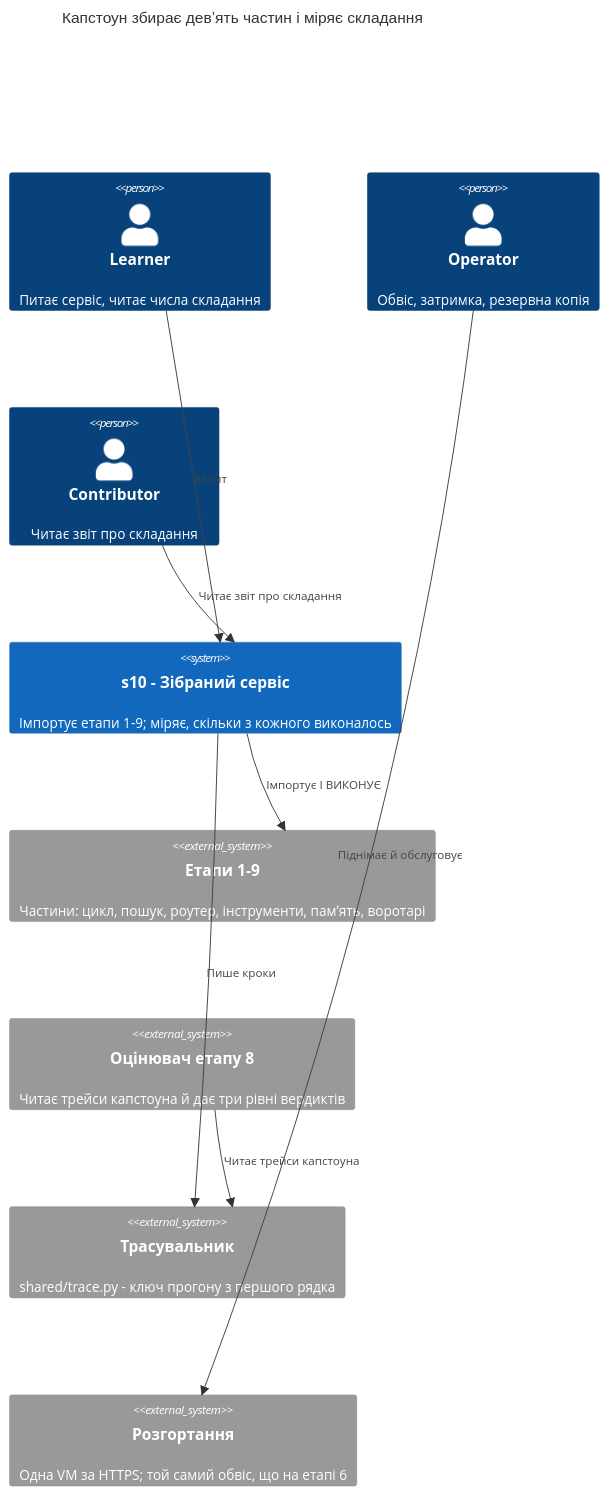
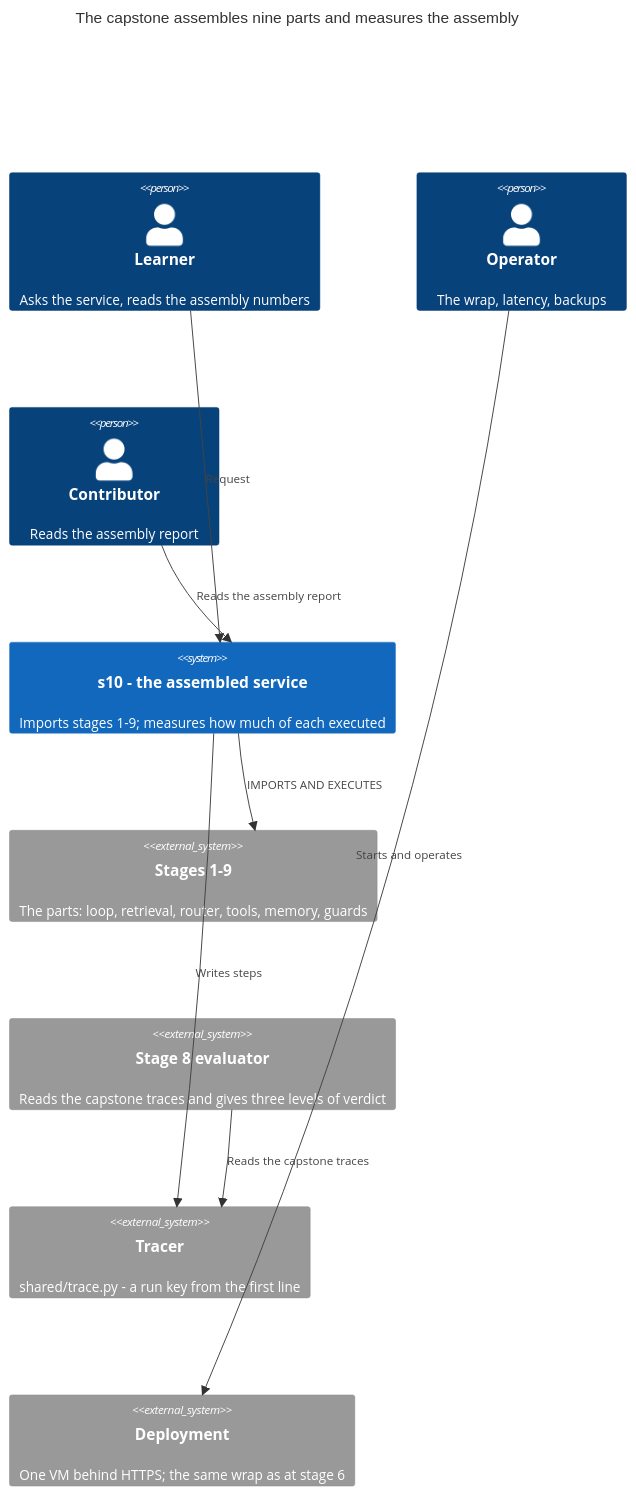
Before and after one commit to AZANIR/agentic-ai: the first of 5 diagrams in docs/features/s10-capstone/sad.md, drawn with Mermaid. The commit also changed other lines of this file and 245 other files, not shown here.

````diff
--- a/docs/features/s10-capstone/sad.md
+++ b/docs/features/s10-capstone/sad.md
@@ -56,21 +57,21 @@
 ```mermaid
 C4Context
-    title Капстоун збирає девʼять частин і міряє складання
+    title The capstone assembles nine parts and measures the assembly
 
-    Person(learner, "Learner", "Питає сервіс, читає числа складання")
-    Person(operator, "Operator", "Обвіс, затримка, резервна копія")
-    Person(contributor, "Contributor", "Читає звіт про складання")
+    Person(learner, "Learner", "Asks the service, reads the assembly numbers")
+    Person(operator, "Operator", "The wrap, latency, backups")
+    Person(contributor, "Contributor", "Reads the assembly report")
 
-    System(capstone, "s10 - Зібраний сервіс", "Імпортує етапи 1-9; міряє, скільки з кожного виконалось")
-    System_Ext(stages, "Етапи 1-9", "Частини: цикл, пошук, роутер, інструменти, памʼять, воротарі")
-    System_Ext(evaluator, "Оцінювач етапу 8", "Читає трейси капстоуна й дає три рівні вердиктів")
-    System_Ext(tracer, "Трасувальник", "shared/trace.py - ключ прогону з першого рядка")
-    System_Ext(deploy, "Розгортання", "Одна VM за HTTPS; той самий обвіс, що на етапі 6")
+    System(capstone, "s10 - the assembled service", "Imports stages 1-9; measures how much of each executed")
+    System_Ext(stages, "Stages 1-9", "The parts: loop, retrieval, router, tools, memory, guards")
+    System_Ext(evaluator, "Stage 8 evaluator", "Reads the capstone traces and gives three levels of verdict")
+    System_Ext(tracer, "Tracer", "shared/trace.py - a run key from the first line")
+    System_Ext(deploy, "Deployment", "One VM behind HTTPS; the same wrap as at stage 6")
 
-    Rel(learner, capstone, "Запит")
-    Rel(operator, deploy, "Піднімає й обслуговує")
-    Rel(capstone, stages, "Імпортує І ВИКОНУЄ")
-    Rel(capstone, tracer, "Пише кроки")
-    Rel(evaluator, tracer, "Читає трейси капстоуна")
-    Rel(contributor, capstone, "Читає звіт про складання")
+    Rel(learner, capstone, "Request")
+    Rel(operator, deploy, "Starts and operates")
+    Rel(capstone, stages, "IMPORTS AND EXECUTES")
+    Rel(capstone, tracer, "Writes steps")
+    Rel(evaluator, tracer, "Reads the capstone traces")
+    Rel(contributor, capstone, "Reads the assembly report")
 ```
````
